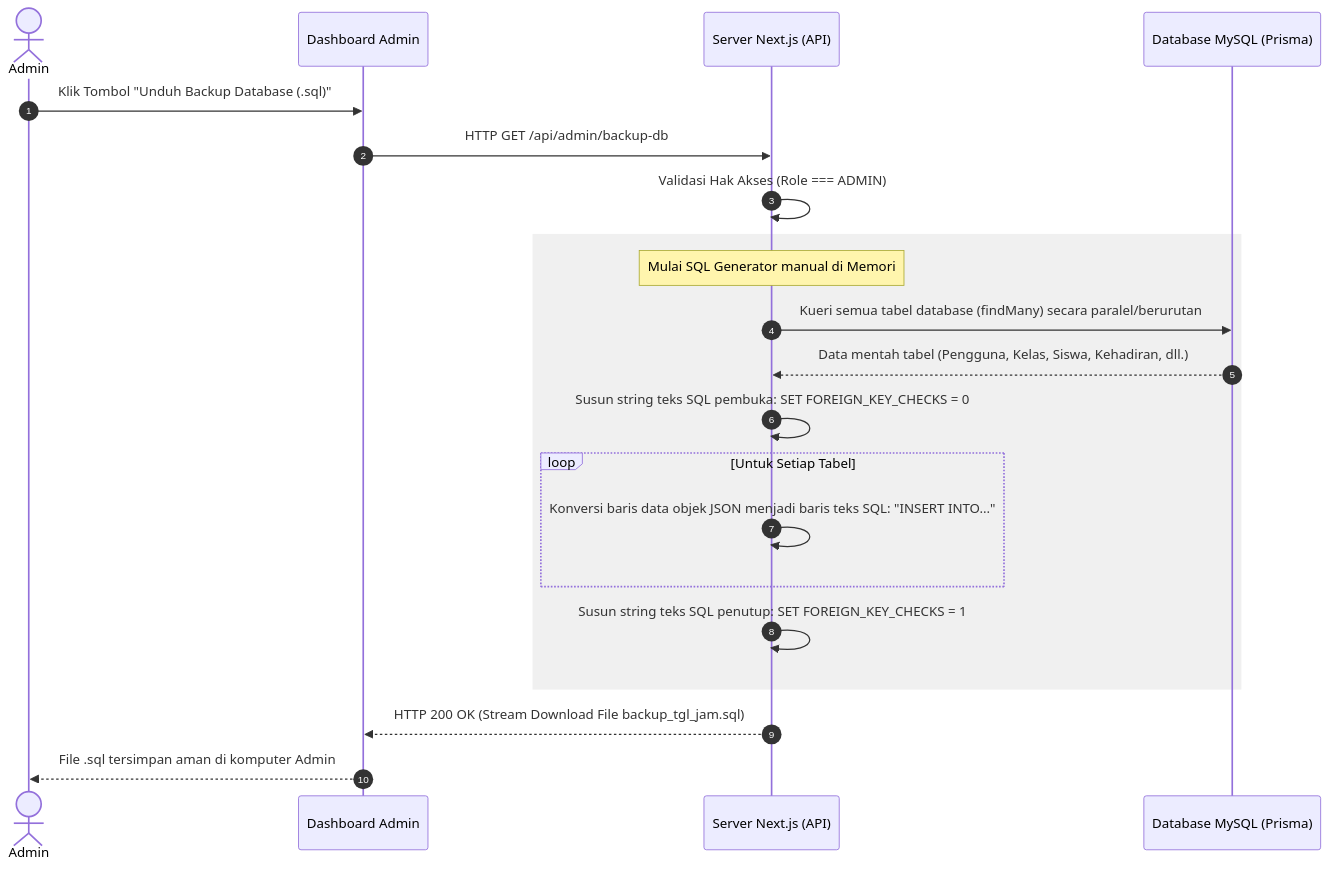
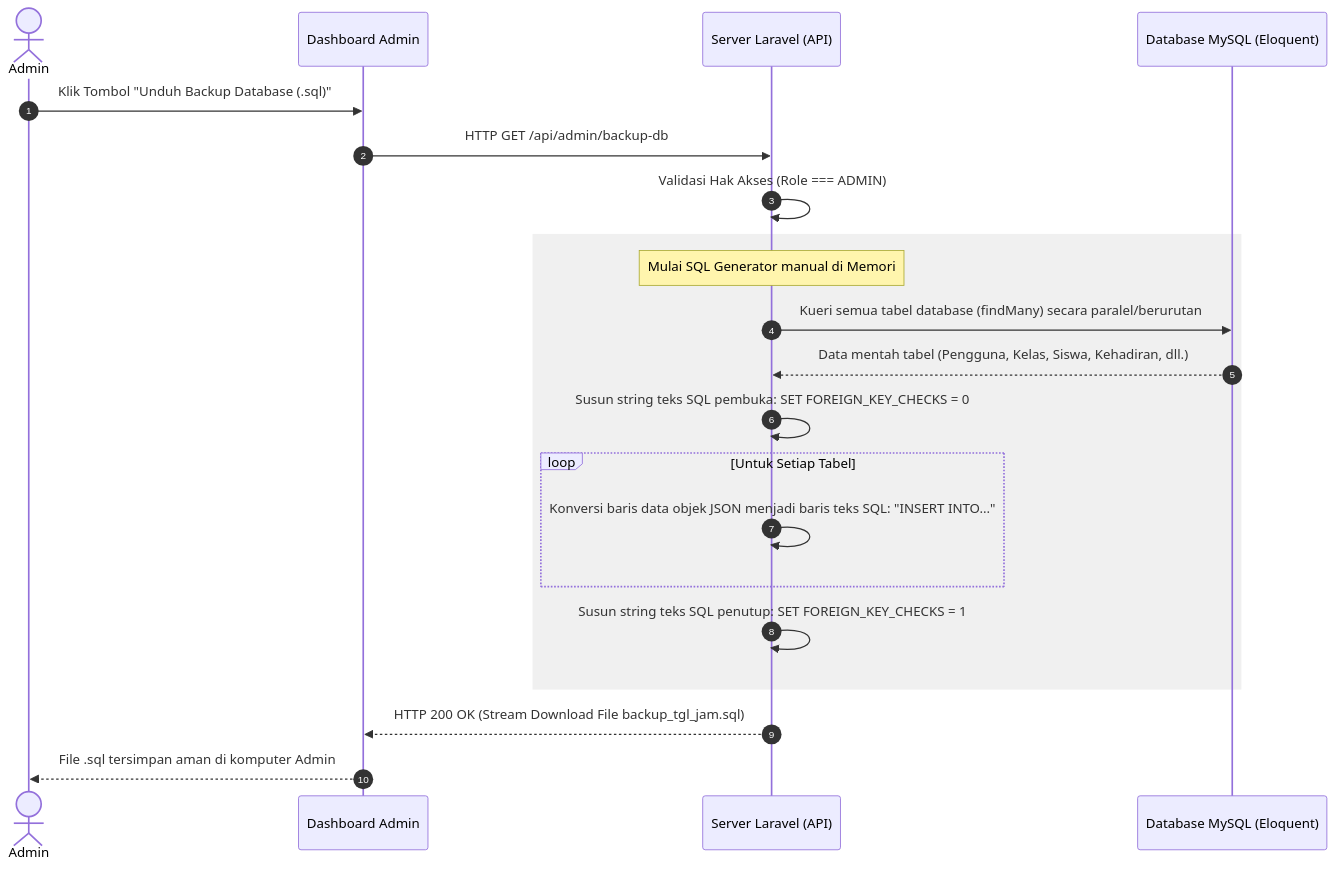
The fifth of 5 diagrams in docs/ALUR_KERJA.md (ajibayu590/absensi-arrahma-kartuqr), drawn with Mermaid before and after one commit. The commit also changed other lines of this file and 24 other files, not shown here.

````diff
--- a/docs/ALUR_KERJA.md
+++ b/docs/ALUR_KERJA.md
@@ -203,26 +203,26 @@
 ```mermaid
 sequenceDiagram
     autonumber
     actor Admin
     participant Web as Dashboard Admin
-    participant Server as Server Next.js (API)
-    participant DB as Database MySQL (Prisma)
+    participant Server as Server Laravel (API)
+    participant DB as Database MySQL (Eloquent)
 
     Admin->>Web: Klik Tombol "Unduh Backup Database (.sql)"
     Web->>Server: HTTP GET /api/admin/backup-db
     Server->>Server: Validasi Hak Akses (Role === ADMIN)
     
     rect rgb(240, 240, 240)
         Note over Server: Mulai SQL Generator manual di Memori
         Server->>DB: Kueri semua tabel database (findMany) secara paralel/berurutan
         DB-->>Server: Data mentah tabel (Pengguna, Kelas, Siswa, Kehadiran, dll.)
         Server->>Server: Susun string teks SQL pembuka: SET FOREIGN_KEY_CHECKS = 0
         loop Untuk Setiap Tabel
             Server->>Server: Konversi baris data objek JSON menjadi baris teks SQL: "INSERT INTO..."
         end
         Server->>Server: Susun string teks SQL penutup: SET FOREIGN_KEY_CHECKS = 1
     end
     
     Server-->>Web: HTTP 200 OK (Stream Download File backup_tgl_jam.sql)
     Web-->>Admin: File .sql tersimpan aman di komputer Admin
 ```
````
